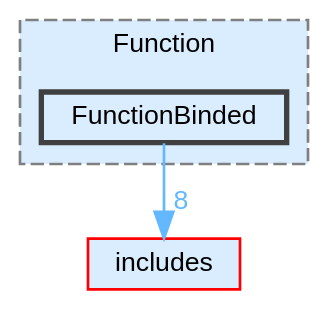
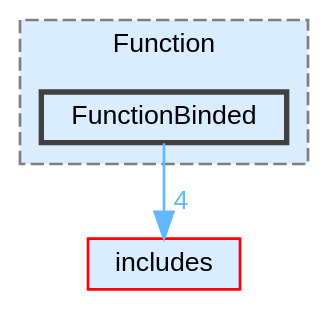
Before and after one commit to JS-CMP/JS-CMP: the diagram in dir_bd2445c454062ccd87b8044816ef09b4_dep.dot, drawn with Graphviz. The commit also changed 428 other files, not shown here.

```diff
--- a/dir_bd2445c454062ccd87b8044816ef09b4_dep.dot
+++ b/dir_bd2445c454062ccd87b8044816ef09b4_dep.dot
@@ -1,14 +1,14 @@
 digraph "lib/types/objects/Function/FunctionBinded"
 {
  // LATEX_PDF_SIZE
   bgcolor="transparent";
   edge [fontname=Helvetica,fontsize=10,labelfontname=Helvetica,labelfontsize=10];
   node [fontname=Helvetica,fontsize=10,shape=box,height=0.2,width=0.4];
   compound=true
   subgraph clusterdir_8e394419521e172f5df06492d0bbe20e {
     graph [ bgcolor="#daedff", pencolor="grey50", label="Function", fontname=Helvetica,fontsize=10 style="filled,dashed", URL="dir_8e394419521e172f5df06492d0bbe20e.html",tooltip=""]
   dir_bd2445c454062ccd87b8044816ef09b4 [label="FunctionBinded", fillcolor="#daedff", color="grey25", style="filled,bold", URL="dir_bd2445c454062ccd87b8044816ef09b4.html",tooltip=""];
   }
   dir_09e761304027c904456130627fd4dcf5 [label="includes", fillcolor="#daedff", color="red", style="filled", URL="dir_09e761304027c904456130627fd4dcf5.html",tooltip=""];
-  dir_bd2445c454062ccd87b8044816ef09b4->dir_09e761304027c904456130627fd4dcf5 [headlabel="8", labeldistance=1.5 headhref="dir_000016_000019.html" href="dir_000016_000019.html" color="steelblue1" fontcolor="steelblue1"];
+  dir_bd2445c454062ccd87b8044816ef09b4->dir_09e761304027c904456130627fd4dcf5 [headlabel="4", labeldistance=1.5 headhref="dir_000016_000019.html" href="dir_000016_000019.html" color="steelblue1" fontcolor="steelblue1"];
 }
```
